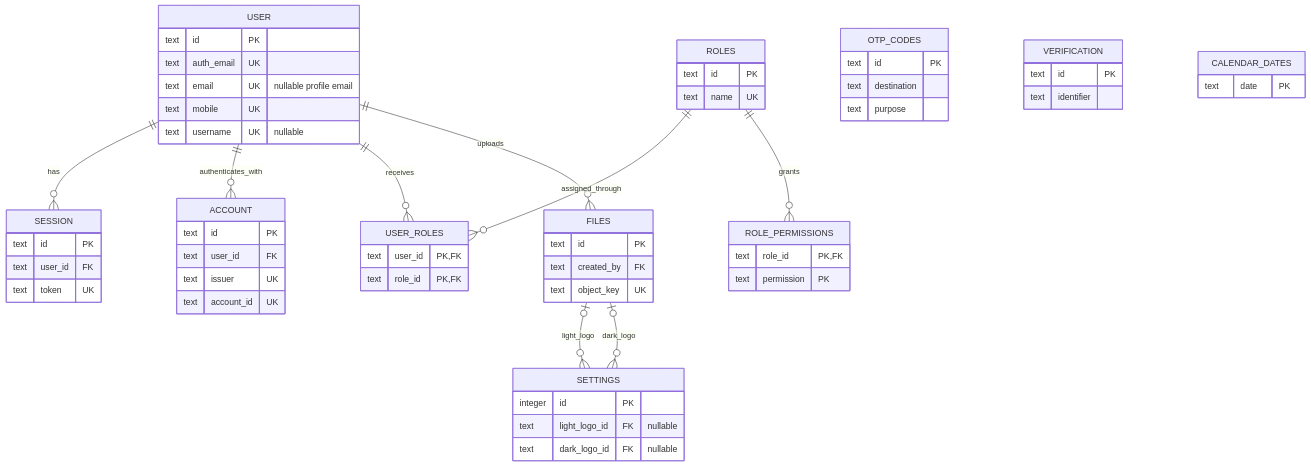
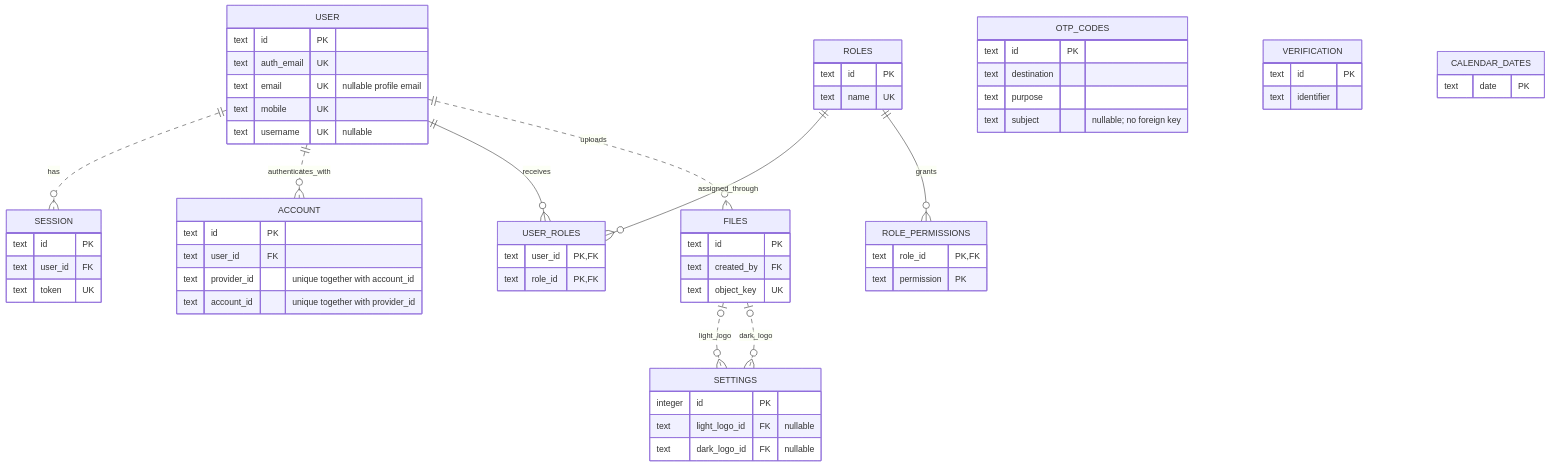
Before and after one commit to sepaseh/kernel: the diagram in docs/database-schema.md, drawn with Mermaid. The commit also changed other lines of this file and 23 other files, not shown here.

First line of the commit message:
docs: expand architecture and operations guidance (#51)

````diff
--- a/docs/database-schema.md
+++ b/docs/database-schema.md
@@ -22,64 +29,65 @@
 ```mermaid
 erDiagram
-    USER ||--o{ SESSION : has
-    USER ||--o{ ACCOUNT : authenticates_with
+    USER ||..o{ SESSION : has
+    USER ||..o{ ACCOUNT : authenticates_with
     USER ||--o{ USER_ROLES : receives
     ROLES ||--o{ USER_ROLES : assigned_through
     ROLES ||--o{ ROLE_PERMISSIONS : grants
-    USER ||--o{ FILES : uploads
-    FILES o|--o{ SETTINGS : light_logo
-    FILES o|--o{ SETTINGS : dark_logo
+    USER ||..o{ FILES : uploads
+    FILES o|..o{ SETTINGS : light_logo
+    FILES o|..o{ SETTINGS : dark_logo
 
     USER {
         text id PK
         text auth_email UK
         text email UK "nullable profile email"
         text mobile UK
         text username UK "nullable"
     }
     SESSION {
         text id PK
         text user_id FK
         text token UK
     }
     ACCOUNT {
         text id PK
         text user_id FK
-        text issuer UK
-        text account_id UK
+        text provider_id "unique together with account_id"
+        text account_id "unique together with provider_id"
     }
     ROLES {
         text id PK
         text name UK
     }
     USER_ROLES {
         text user_id PK,FK
         text role_id PK,FK
     }
     ROLE_PERMISSIONS {
         text role_id PK,FK
         text permission PK
     }
     FILES {
         text id PK
         text created_by FK
         text object_key UK
     }
     SETTINGS {
         integer id PK
         text light_logo_id FK "nullable"
         text dark_logo_id FK "nullable"
     }
     OTP_CODES {
         text id PK
         text destination
         text purpose
+        text subject "nullable; no foreign key"
     }
     VERIFICATION {
         text id PK
         text identifier
     }
     CALENDAR_DATES {
         text date PK
     }
 ```
````
